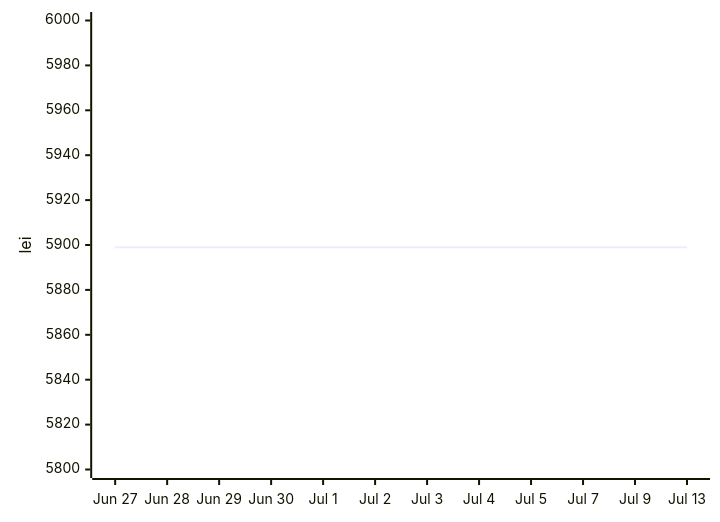
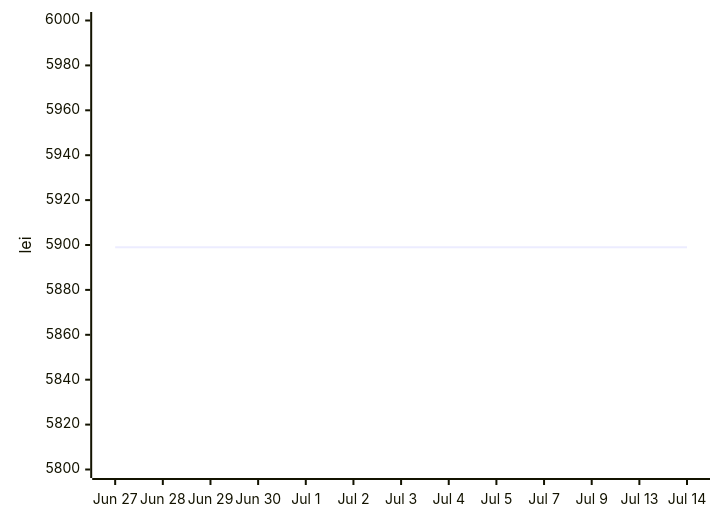
One commit to anagheioan/laptop-price-monitor changed the second of 2 diagrams in README.md. Above: the diagram before and after it, drawn with Mermaid. The commit also changed other lines of this file and 1 other file, not shown here.

Commit message:
Price check 2026-07-14

````diff
--- a/README.md
+++ b/README.md
@@ -29,6 +29,6 @@
 ```mermaid
 xychart-beta
-    x-axis ["Jun 27", "Jun 28", "Jun 29", "Jun 30", "Jul 1", "Jul 2", "Jul 3", "Jul 4", "Jul 5", "Jul 7", "Jul 9", "Jul 13"]
+    x-axis ["Jun 27", "Jun 28", "Jun 29", "Jun 30", "Jul 1", "Jul 2", "Jul 3", "Jul 4", "Jul 5", "Jul 7", "Jul 9", "Jul 13", "Jul 14"]
     y-axis "lei" 5800 --> 6000
-    line [5899.0, 5899.0, 5899.0, 5899.0, 5899.0, 5899.0, 5899.0, 5899.0, 5899.0, 5899.0, 5899.0, 5899.0]
+    line [5899.0, 5899.0, 5899.0, 5899.0, 5899.0, 5899.0, 5899.0, 5899.0, 5899.0, 5899.0, 5899.0, 5899.0, 5899.0]
 ```
````
